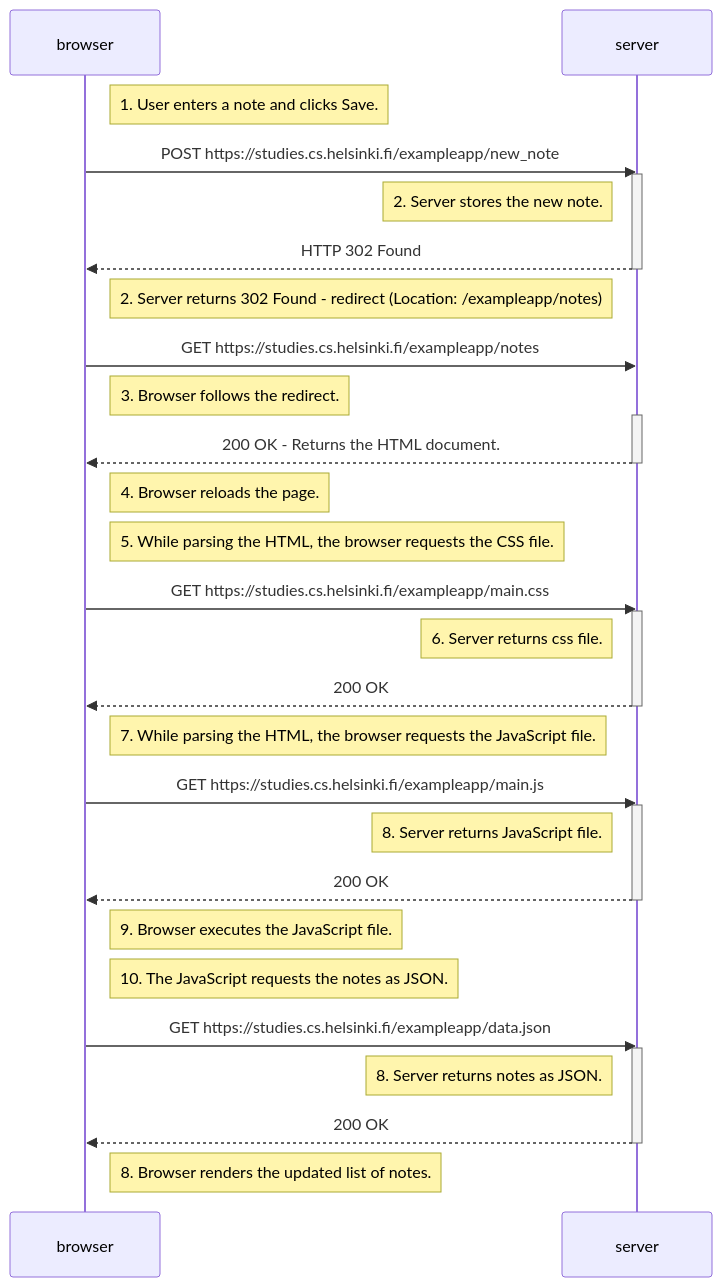
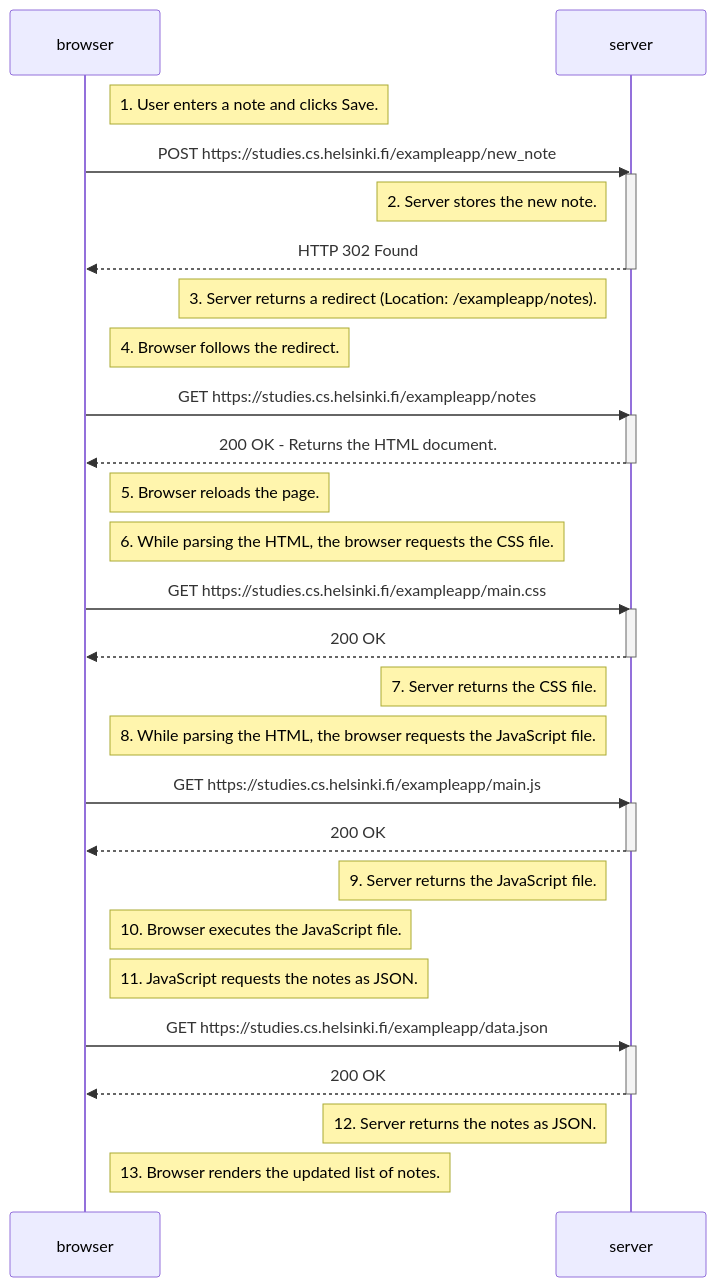
The diagram in osa0/0.4.md (DrFinger2/fullstackopen-2026), drawn with Mermaid before and after one commit.

````diff
--- a/osa0/0.4.md
+++ b/osa0/0.4.md
@@ -1,47 +1,46 @@
 ```mermaid
 sequenceDiagram
     participant browser
     participant server
 
     Note right of browser: 1. User enters a note and clicks Save.
     browser->>server: POST https://studies.cs.helsinki.fi/exampleapp/new_note
     activate server
     Note left of server: 2. Server stores the new note.
-    server-->>browser: HTTP 302 Found 
+    server-->>browser: HTTP 302 Found
     deactivate server
-    Note left of server: 2. Server returns 302 Found - redirect (Location: /exampleapp/notes)
+    Note left of server: 3. Server returns a redirect (Location: /exampleapp/notes).
 
-    
+    Note right of browser: 4. Browser follows the redirect.
     browser->>server: GET https://studies.cs.helsinki.fi/exampleapp/notes
-     Note right of browser: 3. Browser follows the redirect.
     activate server
-    
     server-->>browser: 200 OK - Returns the HTML document.
     deactivate server
-    Note right of browser: 4. Browser reloads the page.
-    
 
-    Note right of browser: 5. While parsing the HTML, the browser requests the CSS file.
+    Note right of browser: 5. Browser reloads the page.
+
+    Note right of browser: 6. While parsing the HTML, the browser requests the CSS file.
     browser->>server: GET https://studies.cs.helsinki.fi/exampleapp/main.css
     activate server
-    Note left of server: 6. Server returns css file.
     server-->>browser: 200 OK
     deactivate server
+    Note left of server: 7. Server returns the CSS file.
 
-    Note right of browser: 7. While parsing the HTML, the browser requests the JavaScript file.
+    Note right of browser: 8. While parsing the HTML, the browser requests the JavaScript file.
     browser->>server: GET https://studies.cs.helsinki.fi/exampleapp/main.js
     activate server
-    Note left of server: 8. Server returns JavaScript file.
     server-->>browser: 200 OK
     deactivate server
+    Note left of server: 9. Server returns the JavaScript file.
 
-    Note right of browser: 9. Browser executes the JavaScript file.
-    Note right of browser: 10. The JavaScript requests the notes as JSON.
+    Note right of browser: 10. Browser executes the JavaScript file.
+
+    Note right of browser: 11. JavaScript requests the notes as JSON.
     browser->>server: GET https://studies.cs.helsinki.fi/exampleapp/data.json
     activate server
-    Note left of server: 8. Server returns notes as JSON.
     server-->>browser: 200 OK
     deactivate server
+    Note left of server: 12. Server returns the notes as JSON.
 
-    Note right of browser: 8. Browser renders the updated list of notes.
+    Note right of browser: 13. Browser renders the updated list of notes.
 ```
````
